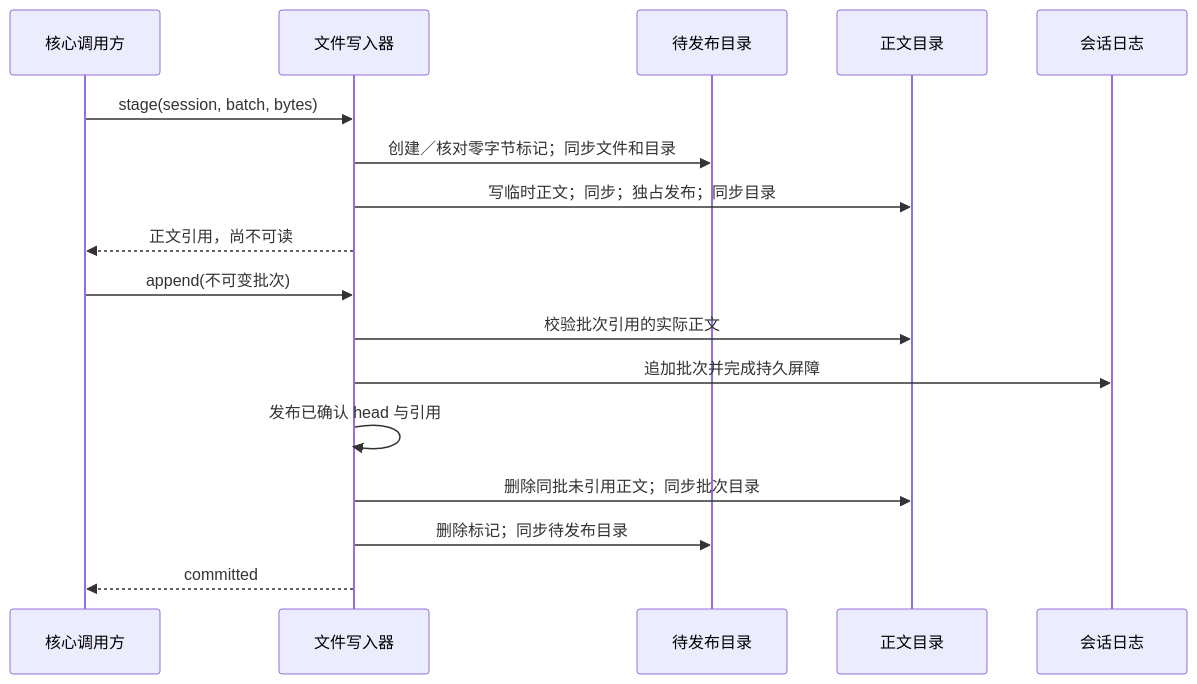
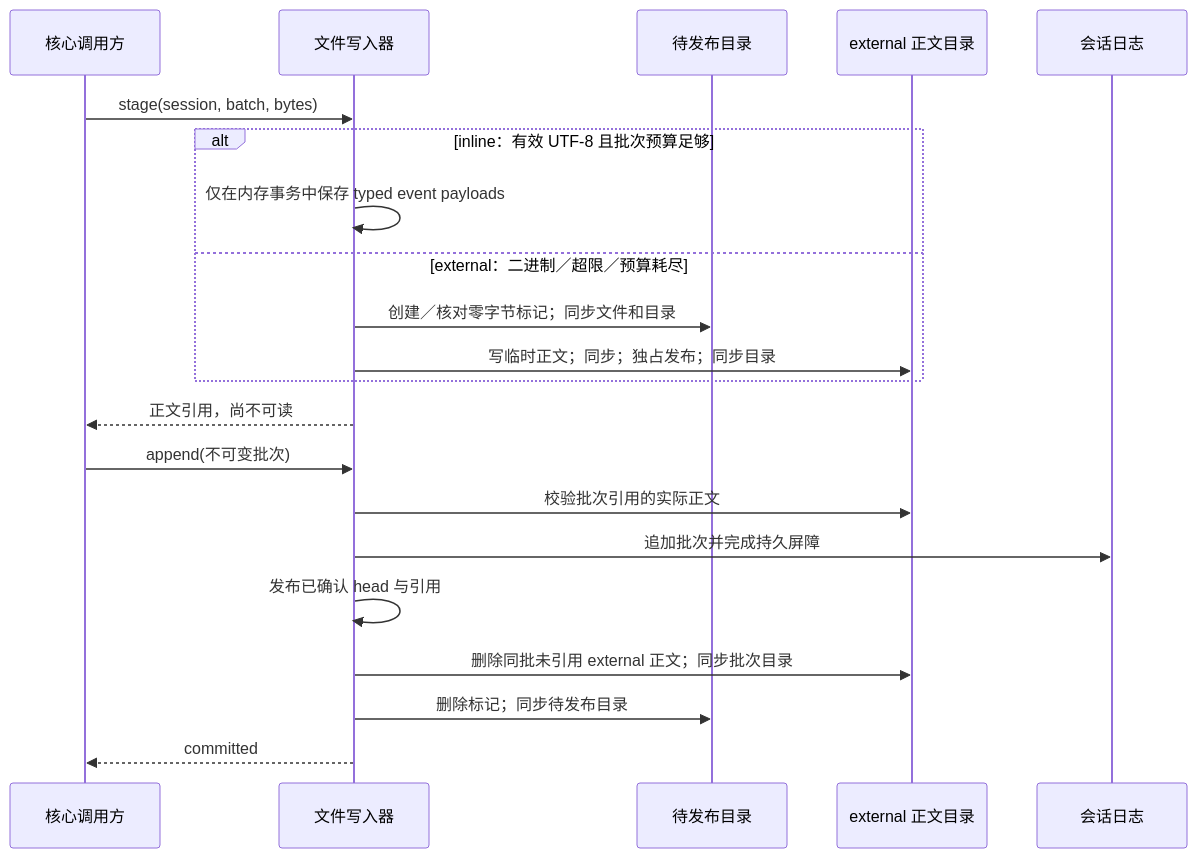
The second of 2 diagrams in docs/architecture/AGENT_PAYLOAD_RECOVERY.md (alwynou/mira), drawn with Mermaid before and after one commit. The commit also changed other lines of this file and 251 other files, not shown here.

````diff
--- a/docs/architecture/AGENT_PAYLOAD_RECOVERY.md
+++ b/docs/architecture/AGENT_PAYLOAD_RECOVERY.md
@@ -31,19 +35,23 @@
 ```mermaid
 sequenceDiagram
     participant Caller as 核心调用方
     participant Writer as 文件写入器
     participant Pending as 待发布目录
-    participant Bodies as 正文目录
+    participant Bodies as external 正文目录
     participant Journal as 会话日志
     Caller->>Writer: stage(session, batch, bytes)
-    Writer->>Pending: 创建／核对零字节标记；同步文件和目录
-    Writer->>Bodies: 写临时正文；同步；独占发布；同步目录
+    alt inline：有效 UTF-8 且批次预算足够
+        Writer->>Writer: 仅在内存事务中保存 typed event payloads
+    else external：二进制／超限／预算耗尽
+        Writer->>Pending: 创建／核对零字节标记；同步文件和目录
+        Writer->>Bodies: 写临时正文；同步；独占发布；同步目录
+    end
     Writer-->>Caller: 正文引用，尚不可读
     Caller->>Writer: append(不可变批次)
     Writer->>Bodies: 校验批次引用的实际正文
     Writer->>Journal: 追加批次并完成持久屏障
     Writer->>Writer: 发布已确认 head 与引用
-    Writer->>Bodies: 删除同批未引用正文；同步批次目录
+    Writer->>Bodies: 删除同批未引用 external 正文；同步批次目录
     Writer->>Pending: 删除标记；同步待发布目录
     Writer-->>Caller: committed
 ```
````
